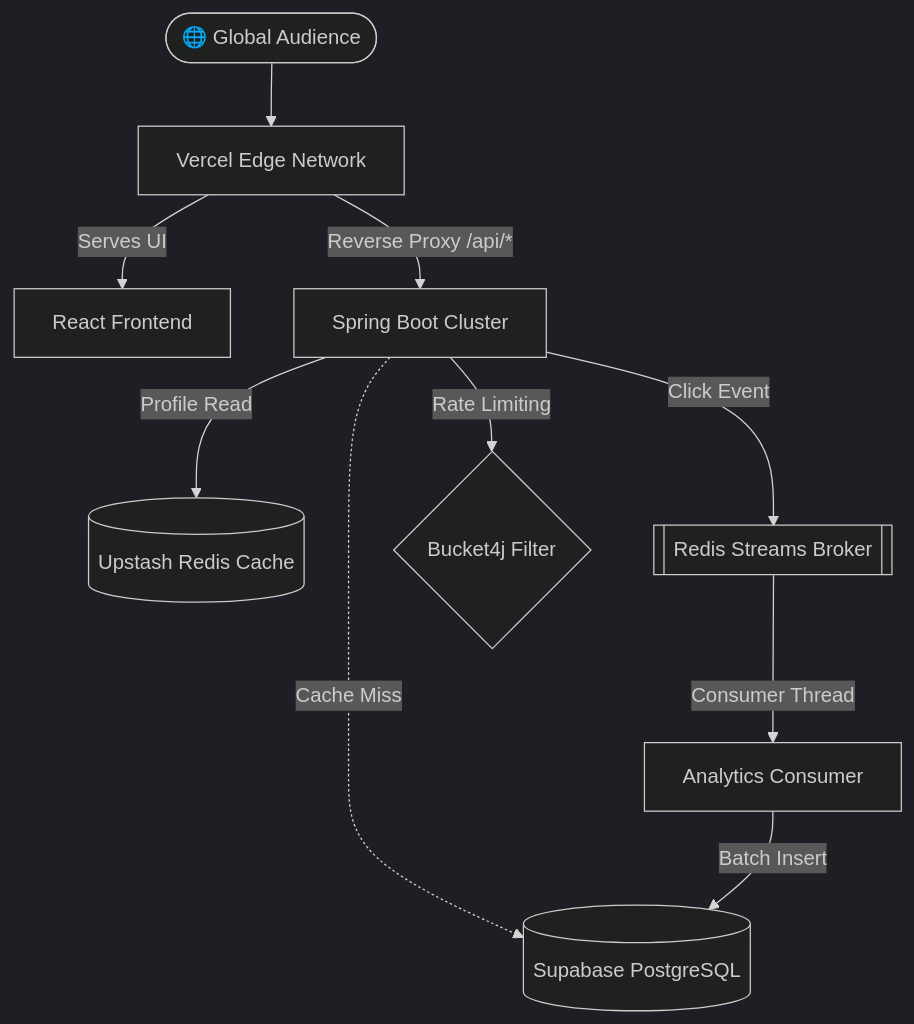
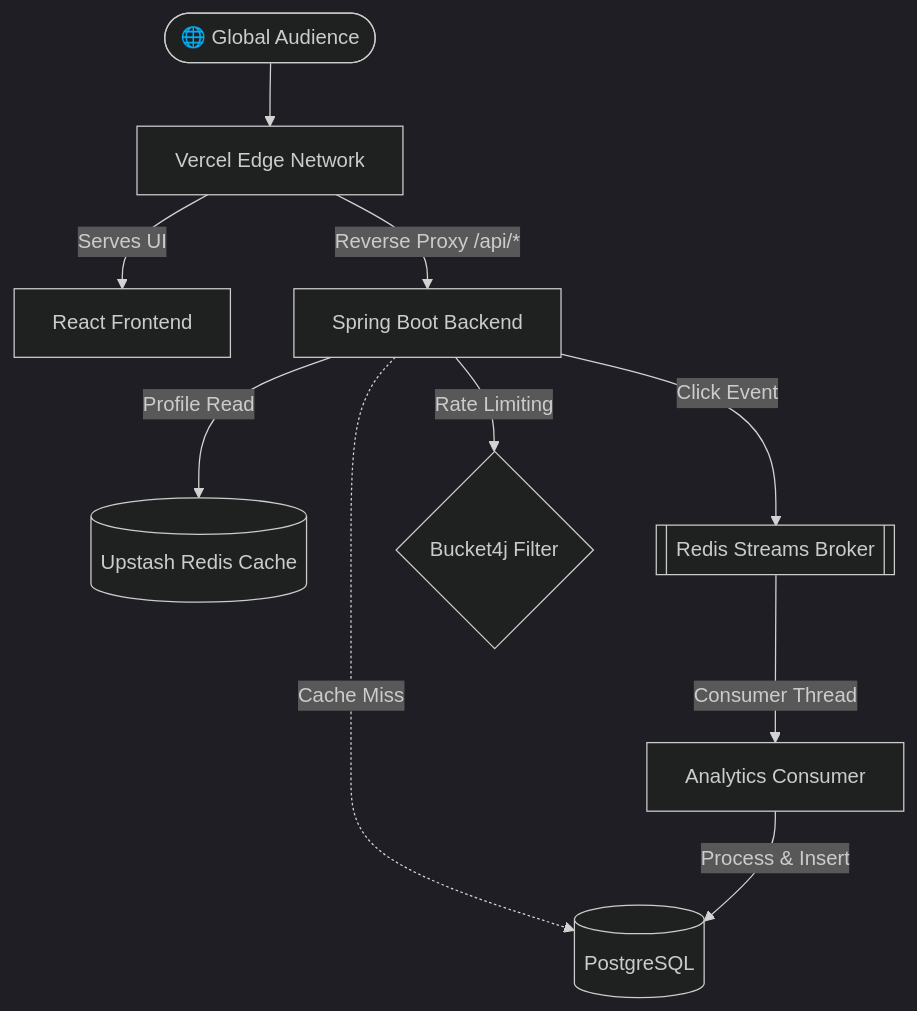
One commit to adocxwork/linkly changed the diagram in README.md. Above: the diagram before and after it, drawn with Mermaid (dark theme). The commit also changed other lines of this file and 5 other files, not shown here.

````diff
--- a/README.md
+++ b/README.md
@@ -21,18 +21,18 @@
 ```mermaid
 graph TD
     User([🌐 Global Audience]) --> Vercel[Vercel Edge Network]
     Vercel -->|Serves UI| React[React Frontend]
-    Vercel -->|Reverse Proxy /api/*| Spring[Spring Boot Cluster]
+    Vercel -->|Reverse Proxy /api/*| Spring[Spring Boot Backend]
     
     %% Read Path
     Spring -->|Profile Read| Cache[(Upstash Redis Cache)]
-    Spring -.->|Cache Miss| PG[(Supabase PostgreSQL)]
+    Spring -.->|Cache Miss| PG[(PostgreSQL)]
     
     %% Write Path (Analytics)
     Spring -->|Click Event| RedisStream[[Redis Streams Broker]]
     RedisStream -->|Consumer Thread| AnalyticsService[Analytics Consumer]
-    AnalyticsService -->|Batch Insert| PG
+    AnalyticsService -->|Process & Insert| PG
     
     %% Security
     Spring -->|Rate Limiting| Bucket4j{Bucket4j Filter}
 ```
````
